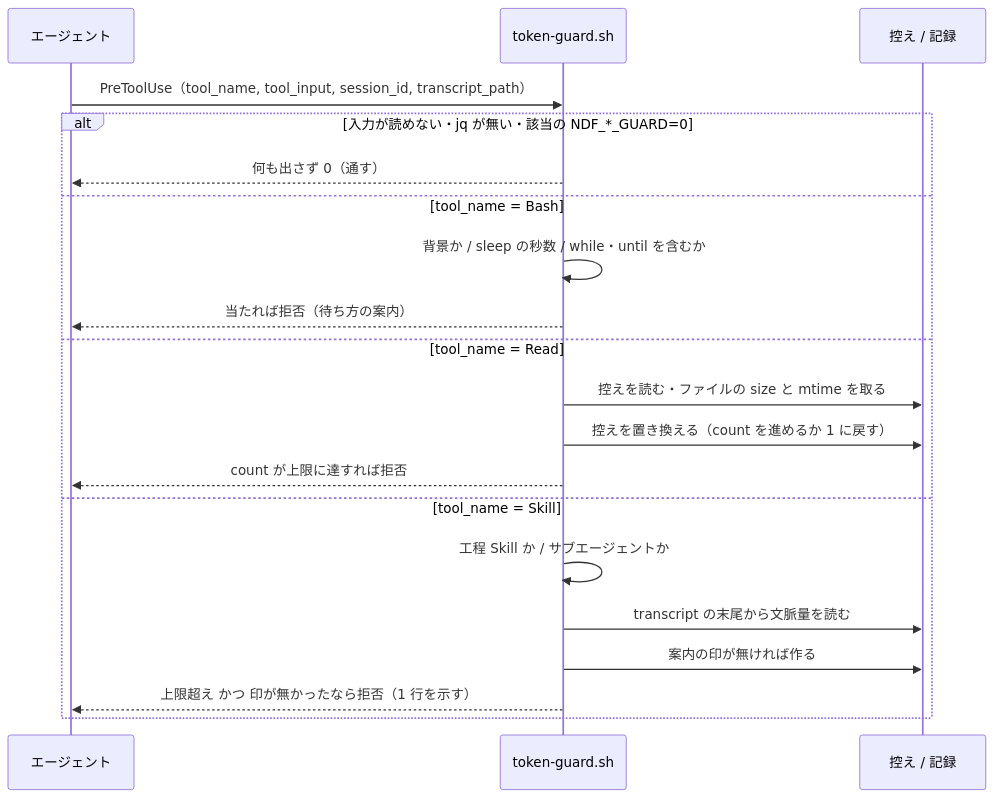
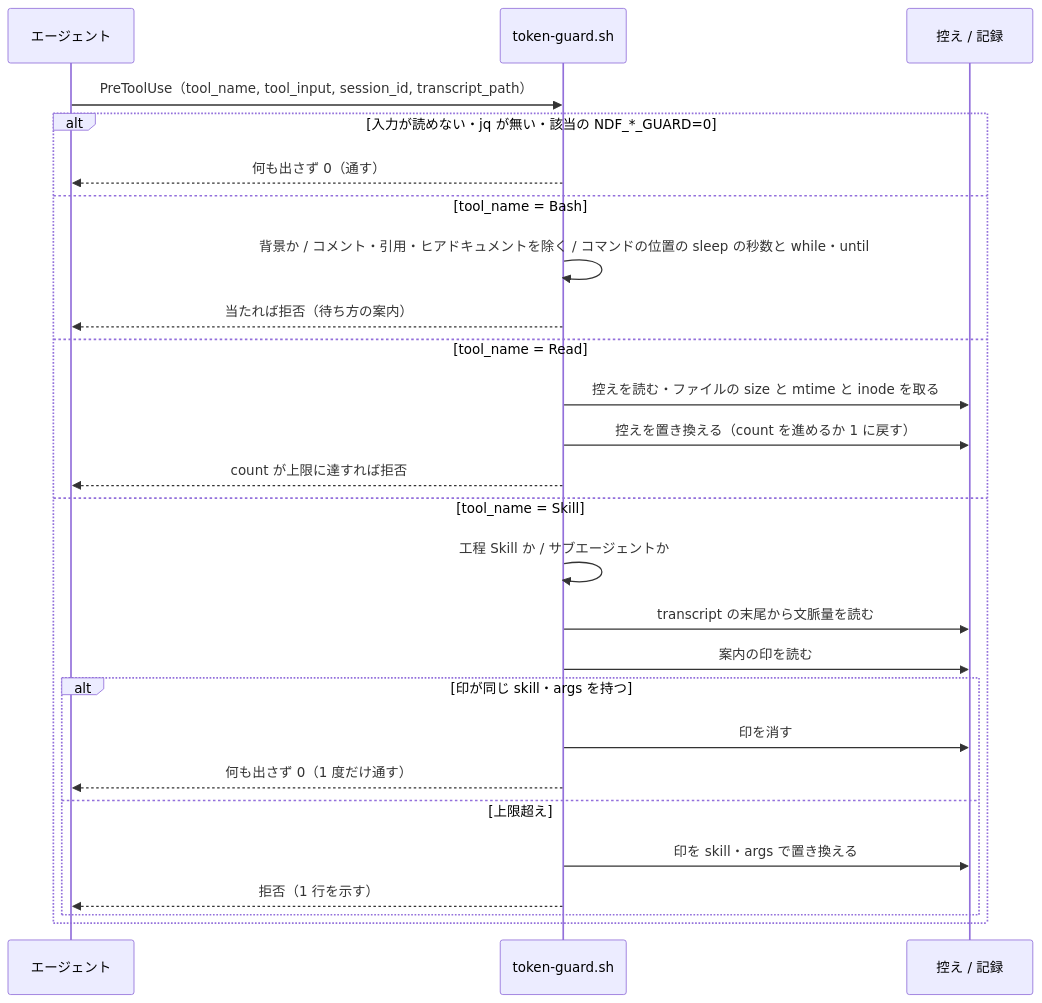
One commit to devbasex/ai-plugins changed the second of 3 diagrams in issues/issue-829-830-design.md. Above: the diagram before and after it, drawn with Mermaid. The commit also changed other lines of this file and 1 other file, not shown here.

First line of the commit message:
docs: #843 ラウンド 1 の指摘を反映（sleep の語の判定・案内の印・mtime の精度・文書の順序）

````diff
--- a/issues/issue-829-830-design.md
+++ b/issues/issue-829-830-design.md
@@ -227,22 +233,28 @@
 ```mermaid
 sequenceDiagram
   participant A as エージェント
   participant H as token-guard.sh
   participant S as 控え / 記録
   A->>H: PreToolUse（tool_name, tool_input, session_id, transcript_path）
   alt 入力が読めない・jq が無い・該当の NDF_*_GUARD=0
     H-->>A: 何も出さず 0（通す）
   else tool_name = Bash
-    H->>H: 背景か / sleep の秒数 / while・until を含むか
+    H->>H: 背景か / コメント・引用・ヒアドキュメントを除く / コマンドの位置の sleep の秒数と while・until
     H-->>A: 当たれば拒否（待ち方の案内）
   else tool_name = Read
-    H->>S: 控えを読む・ファイルの size と mtime を取る
+    H->>S: 控えを読む・ファイルの size と mtime と inode を取る
     H->>S: 控えを置き換える（count を進めるか 1 に戻す）
     H-->>A: count が上限に達すれば拒否
   else tool_name = Skill
     H->>H: 工程 Skill か / サブエージェントか
     H->>S: transcript の末尾から文脈量を読む
-    H->>S: 案内の印が無ければ作る
-    H-->>A: 上限超え かつ 印が無かったなら拒否（1 行を示す）
+    H->>S: 案内の印を読む
+    alt 印が同じ skill・args を持つ
+      H->>S: 印を消す
+      H-->>A: 何も出さず 0（1 度だけ通す）
+    else 上限超え
+      H->>S: 印を skill・args で置き換える
+      H-->>A: 拒否（1 行を示す）
+    end
   end
 ```
````
